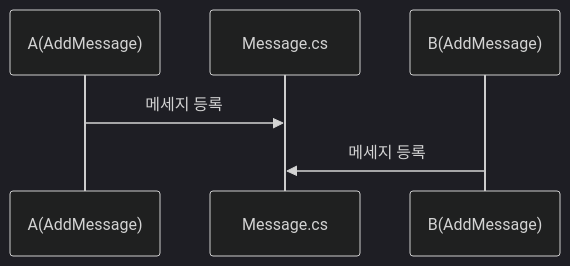
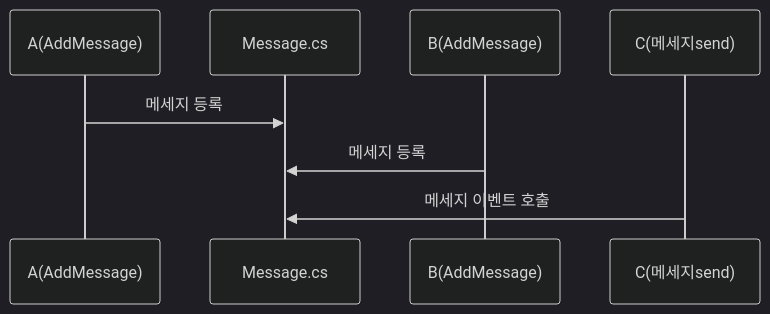
The first of 2 diagrams in README.md (ijh00116/Code-Portfolio_1), drawn with Mermaid (dark theme) before and after one commit.

````diff
--- a/README.md
+++ b/README.md
@@ -42,5 +42,6 @@
 ```mermaid
   sequenceDiagram
     A(AddMessage)->>Message.cs: 메세지 등록
     B(AddMessage)->>Message.cs: 메세지 등록
+    C(메세지send)->>Message.cs:메세지 이벤트 호출
 ```
````
